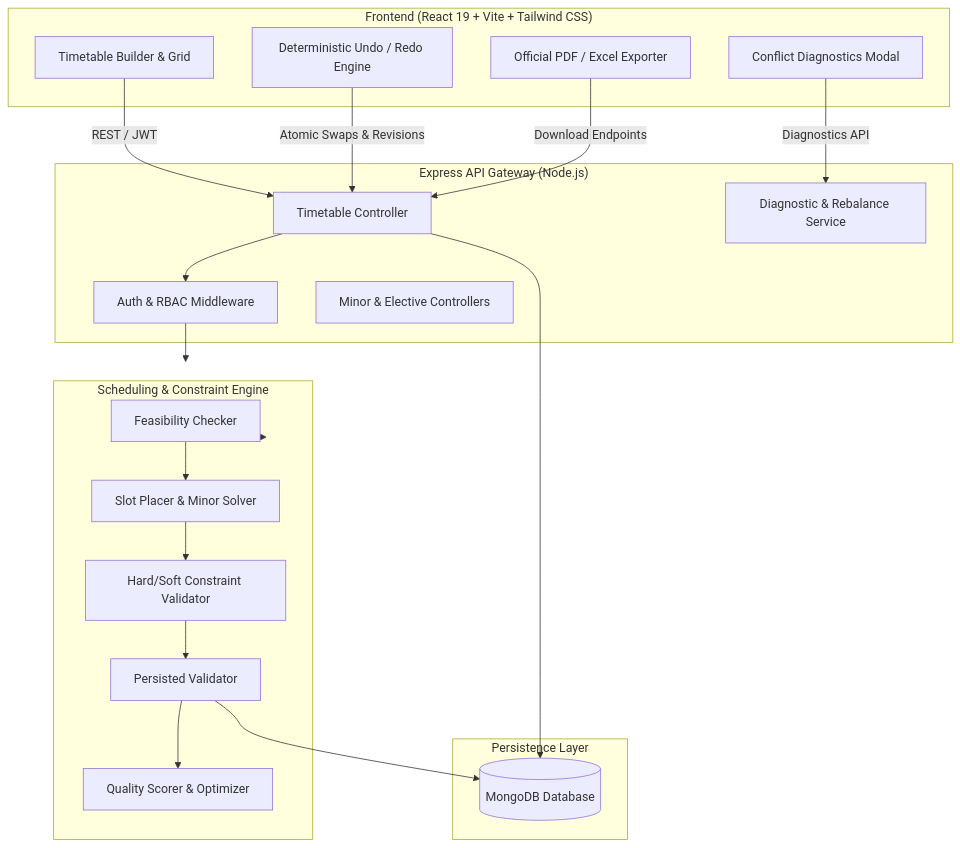
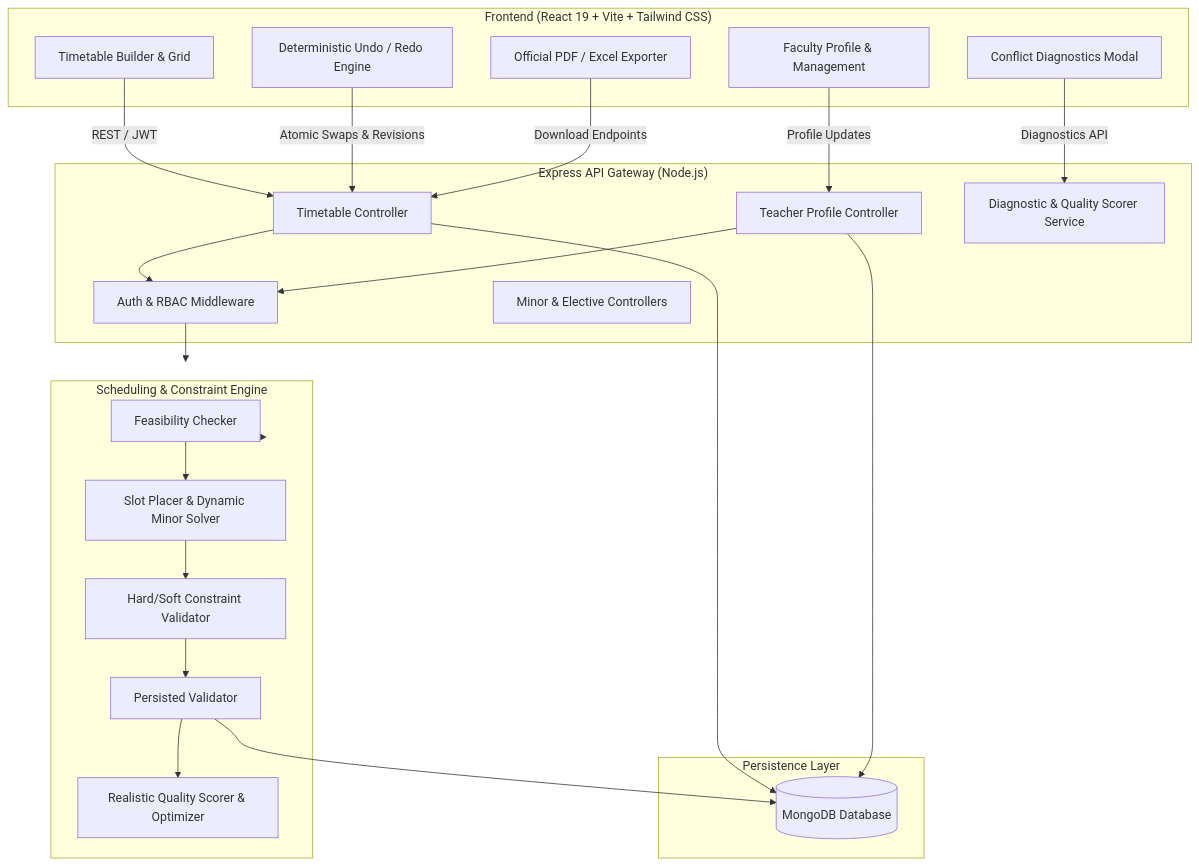
One commit to anand-cpp/AI_TIMETABLE_MAKER changed the diagram in README.md. Above: the diagram before and after it, drawn with Mermaid. The commit also changed other lines of this file, not shown here.

Commit message:
docs: redesign README with institutional scheduling rules, rest-gap policies, dynamic minor sync, and test suites

````diff
--- a/README.md
+++ b/README.md
@@ -48,38 +47,43 @@
 ```mermaid
 flowchart TD
     subgraph Client ["Frontend (React 19 + Vite + Tailwind CSS)"]
         UI[Timetable Builder & Grid]
         CD[Conflict Diagnostics Modal]
         UR[Deterministic Undo / Redo Engine]
+        FP[Faculty Profile & Management]
         EX[Official PDF / Excel Exporter]
     end
 
     subgraph API ["Express API Gateway (Node.js)"]
         AUTH[Auth & RBAC Middleware]
         TC[Timetable Controller]
         MC[Minor & Elective Controllers]
-        DS[Diagnostic & Rebalance Service]
+        TEACH[Teacher Profile Controller]
+        DS[Diagnostic & Quality Scorer Service]
     end
 
     subgraph Engine ["Scheduling & Constraint Engine"]
         FC[Feasibility Checker]
-        SP[Slot Placer & Minor Solver]
+        SP[Slot Placer & Dynamic Minor Solver]
         CV[Hard/Soft Constraint Validator]
         PV[Persisted Validator]
-        QS[Quality Scorer & Optimizer]
+        QS[Realistic Quality Scorer & Optimizer]
     end
 
     subgraph Storage ["Persistence Layer"]
         MDB[(MongoDB Database)]
     end
 
     UI -->|REST / JWT| TC
     CD -->|Diagnostics API| DS
+    FP -->|Profile Updates| TEACH
     UR -->|Atomic Swaps & Revisions| TC
     TC --> AUTH
+    TEACH --> AUTH
     AUTH --> Engine
     Engine --> FC --> SP --> CV --> PV --> QS
     PV --> MDB
     TC --> MDB
+    TEACH --> MDB
     EX -->|Download Endpoints| TC
 ```
````
